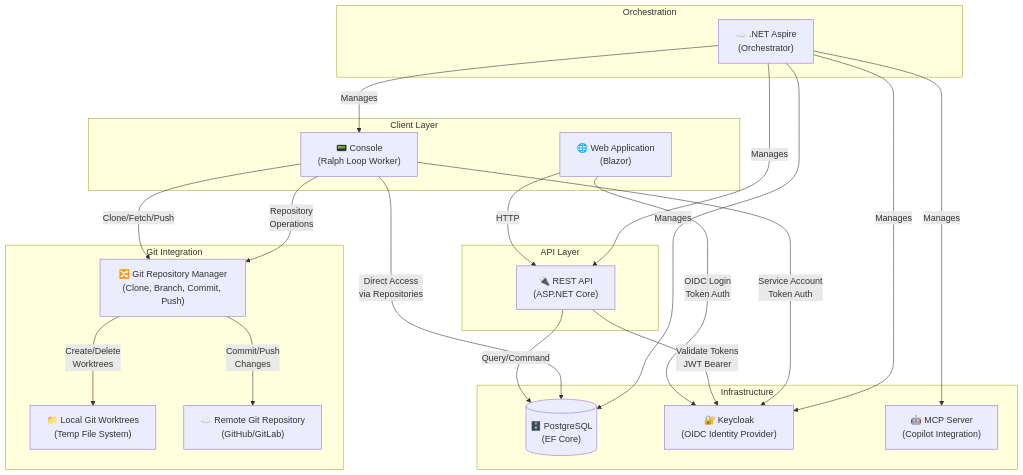
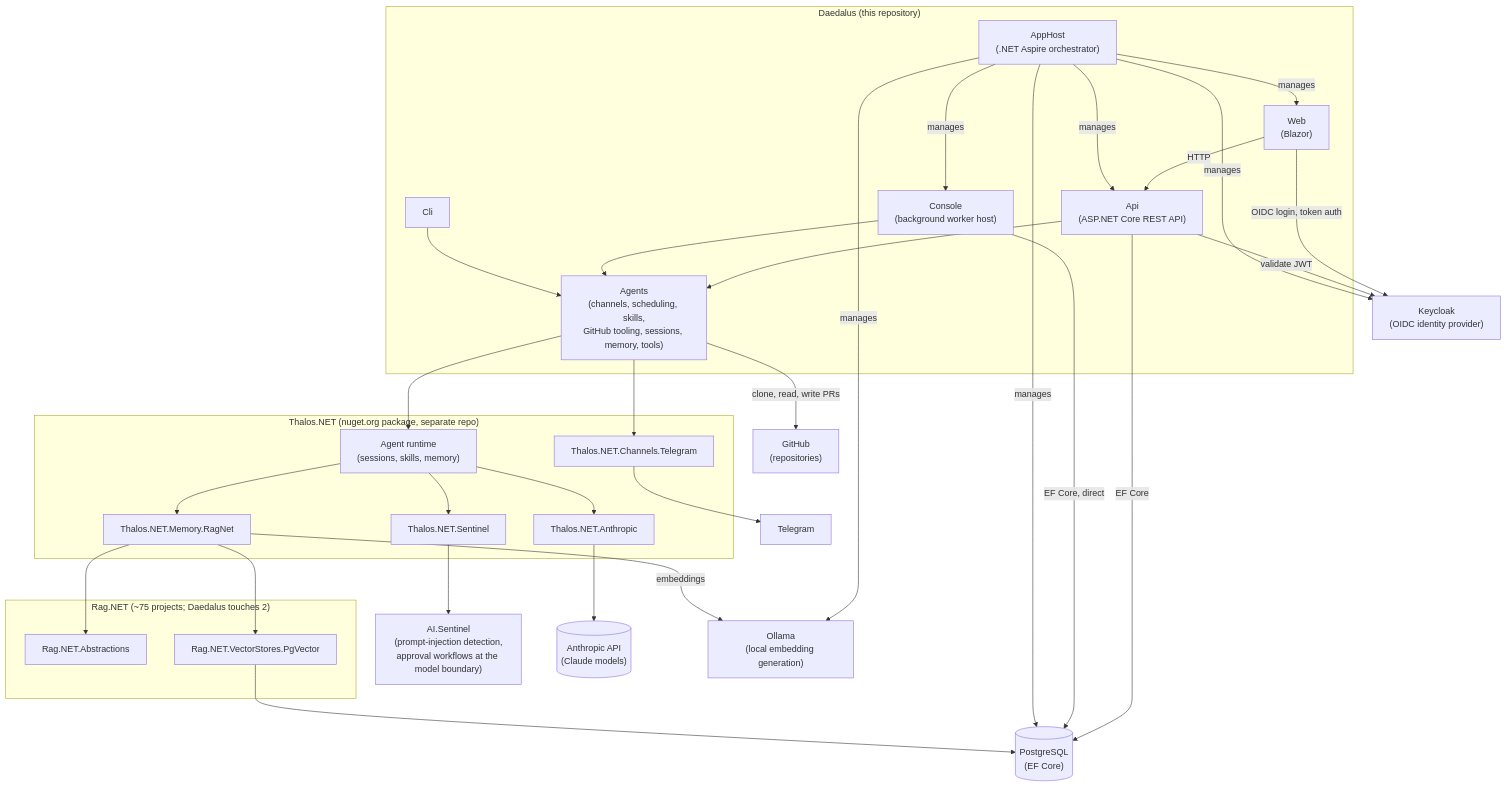
The first of 19 diagrams in docs/architecture-diagrams.md (MarcelRoozekrans/Daedalus.NET), drawn with Mermaid before and after one commit. The commit also changed other lines of this file, not shown here.

First line of the commit message:
docs: rewrite system context, solution layout, and domain model ERD

````diff
--- a/docs/architecture-diagrams.md
+++ b/docs/architecture-diagrams.md
@@ -15,44 +19,64 @@
 ```mermaid
 graph TB
-    subgraph "Client Layer"
-        Web["🌐 Web Application<br/>(Blazor)"]
-        Console["📟 Console<br/>(Ralph Loop Worker)"]
+    subgraph "Daedalus (this repository)"
+        Web["Web<br/>(Blazor)"]
+        Api["Api<br/>(ASP.NET Core REST API)"]
+        Console["Console<br/>(background worker host)"]
+        Cli["Cli"]
+        Agents["Agents<br/>(channels, scheduling, skills,<br/>GitHub tooling, sessions, memory, tools)"]
+        AppHost["AppHost<br/>(.NET Aspire orchestrator)"]
     end
 
-    subgraph "API Layer"
-        Api["🔌 REST API<br/>(ASP.NET Core)"]
+    subgraph "Thalos.NET (nuget.org package, separate repo)"
+        Runtime["Agent runtime<br/>(sessions, skills, memory)"]
+        ThalosAnthropic["Thalos.NET.Anthropic"]
+        ThalosSentinel["Thalos.NET.Sentinel"]
+        ThalosMemoryRagNet["Thalos.NET.Memory.RagNet"]
+        ThalosTelegram["Thalos.NET.Channels.Telegram"]
     end
 
-    subgraph "Orchestration"
-        AppHost["☁️ .NET Aspire<br/>(Orchestrator)"]
+    Sentinel["AI.Sentinel<br/>(prompt-injection detection,<br/>approval workflows at the model boundary)"]
+
+    subgraph "Rag.NET (~75 projects; Daedalus touches 2)"
+        RagAbstractions["Rag.NET.Abstractions"]
+        RagPgVector["Rag.NET.VectorStores.PgVector"]
     end
 
-    subgraph "Infrastructure"
-        DB[("🗄️ PostgreSQL<br/>(EF Core)")]
-        KC["🔐 Keycloak<br/>(OIDC Identity Provider)"]
-        MCP["🤖 MCP Server<br/>(Copilot Integration)"]
-    end
-
-    subgraph "Git Integration"
-        GitRepo["🔀 Git Repository Manager<br/>(Clone, Branch, Commit, Push)"]
-        LocalRepo["📁 Local Git Worktrees<br/>(Temp File System)"]
-        RemoteRepo["☁️ Remote Git Repository<br/>(GitHub/GitLab)"]
-    end
+    AnthropicApi[("Anthropic API<br/>(Claude models)")]
+    Postgres[("PostgreSQL<br/>(EF Core)")]
+    Keycloak["Keycloak<br/>(OIDC identity provider)"]
+    Ollama["Ollama<br/>(local embedding generation)"]
+    GitHub["GitHub<br/>(repositories)"]
+    Telegram["Telegram"]
 
     Web -->|HTTP| Api
-    Web -->|OIDC Login<br/>Token Auth| KC
-    Api -->|Query/Command| DB
-    Api -->|Validate Tokens<br/>JWT Bearer| KC
-    Console -->|Direct Access<br/>via Repositories| DB
-    Console -->|Service Account<br/>Token Auth| KC
-    AppHost -->|Manages| Console
-    AppHost -->|Manages| Api
-    AppHost -->|Manages| DB
-    AppHost -->|Manages| KC
-    AppHost -->|Manages| MCP
+    Web -->|OIDC login, token auth| Keycloak
+    Api -->|EF Core| Postgres
+    Api -->|validate JWT| Keycloak
+    Console -->|EF Core, direct| Postgres
+    Api --> Agents
+    Console --> Agents
+    Cli --> Agents
 
-    Console -->|Clone/Fetch/Push| GitRepo
-    GitRepo -->|Create/Delete<br/>Worktrees| LocalRepo
-    GitRepo -->|Commit/Push<br/>Changes| RemoteRepo
-    Console -->|Repository<br/>Operations| GitRepo
+    AppHost -->|manages| Web
+    AppHost -->|manages| Api
+    AppHost -->|manages| Console
+    AppHost -->|manages| Postgres
+    AppHost -->|manages| Keycloak
+    AppHost -->|manages| Ollama
+
+    Agents --> Runtime
+    Agents -->|clone, read, write PRs| GitHub
+    Agents --> ThalosTelegram
+    Runtime --> ThalosAnthropic
+    Runtime --> ThalosSentinel
+    Runtime --> ThalosMemoryRagNet
+
+    ThalosAnthropic --> AnthropicApi
+    ThalosSentinel --> Sentinel
+    ThalosMemoryRagNet --> RagAbstractions
+    ThalosMemoryRagNet --> RagPgVector
+    ThalosMemoryRagNet -->|embeddings| Ollama
+    RagPgVector --> Postgres
+    ThalosTelegram --> Telegram
 ```
````
